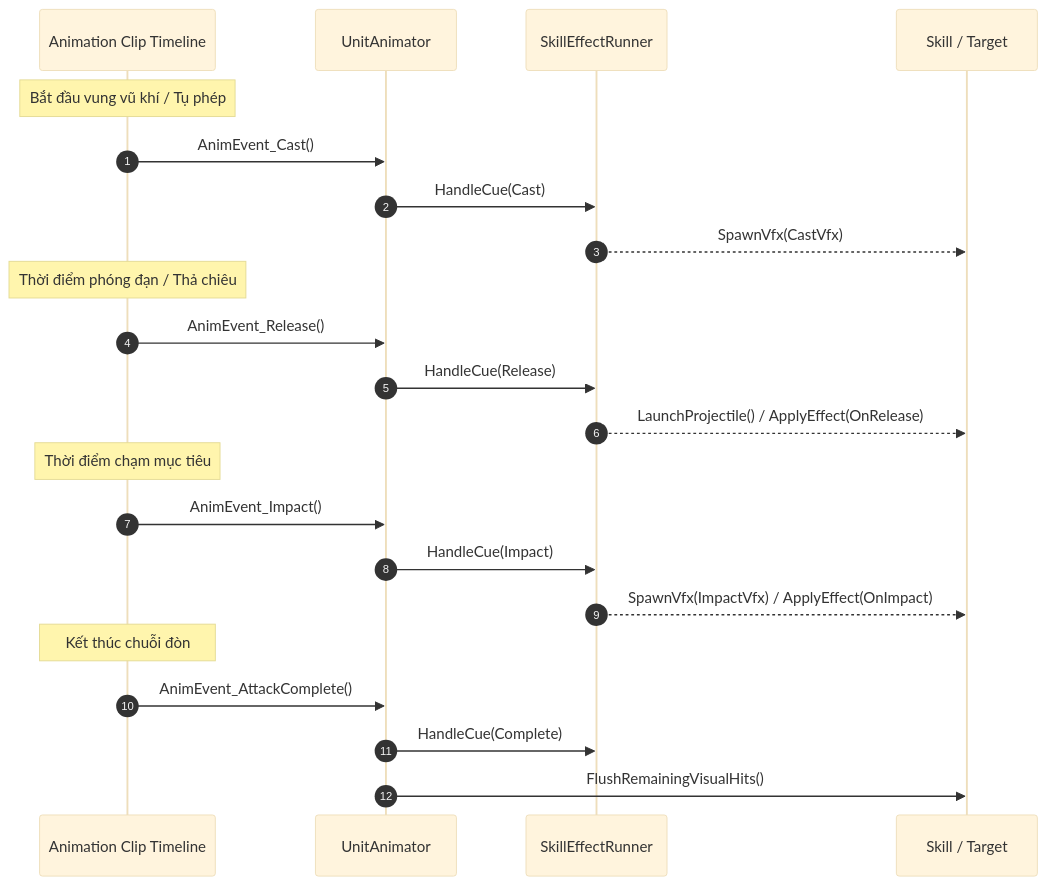
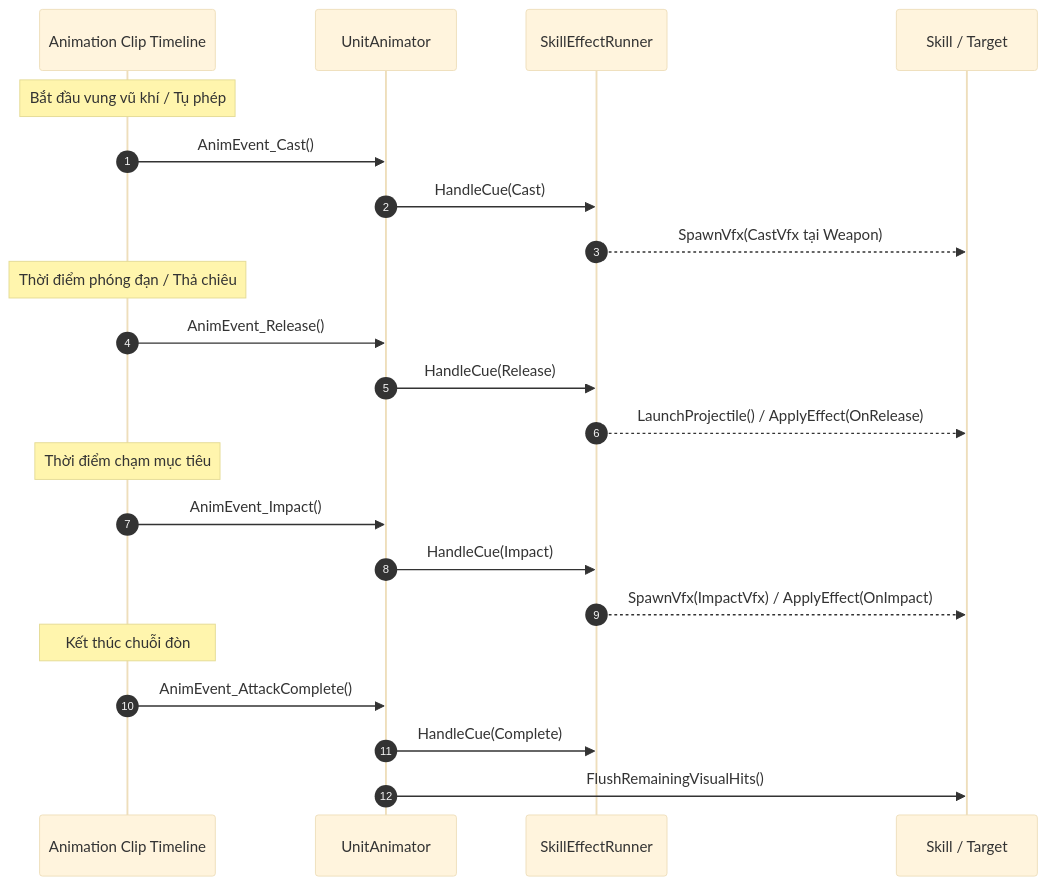
The diagram in Assets/Docs/Workflow/Character_Animation_Events_VFX_Setup_Workflow.md (manhtruong594/turnbased_2025), drawn with Mermaid (base theme) before and after one commit. The commit also changed other lines of this file and 7 other files, not shown here.

````diff
--- a/Assets/Docs/Workflow/Character_Animation_Events_VFX_Setup_Workflow.md
+++ b/Assets/Docs/Workflow/Character_Animation_Events_VFX_Setup_Workflow.md
@@ -17,28 +17,28 @@
 ```mermaid
 sequenceDiagram
     autonumber
     participant AC as Animation Clip Timeline
     participant UA as UnitAnimator
     participant SR as SkillEffectRunner
     participant SK as Skill / Target
 
     Note over AC: Bắt đầu vung vũ khí / Tụ phép
     AC->>UA: AnimEvent_Cast()
     UA->>SR: HandleCue(Cast)
-    SR-->>SK: SpawnVfx(CastVfx)
+    SR-->>SK: SpawnVfx(CastVfx tại Weapon)
 
     Note over AC: Thời điểm phóng đạn / Thả chiêu
     AC->>UA: AnimEvent_Release()
     UA->>SR: HandleCue(Release)
     SR-->>SK: LaunchProjectile() / ApplyEffect(OnRelease)
 
     Note over AC: Thời điểm chạm mục tiêu
     AC->>UA: AnimEvent_Impact()
     UA->>SR: HandleCue(Impact)
     SR-->>SK: SpawnVfx(ImpactVfx) / ApplyEffect(OnImpact)
 
     Note over AC: Kết thúc chuỗi đòn
     AC->>UA: AnimEvent_AttackComplete()
     UA->>SR: HandleCue(Complete)
     UA->>SK: FlushRemainingVisualHits()
 ```
````
